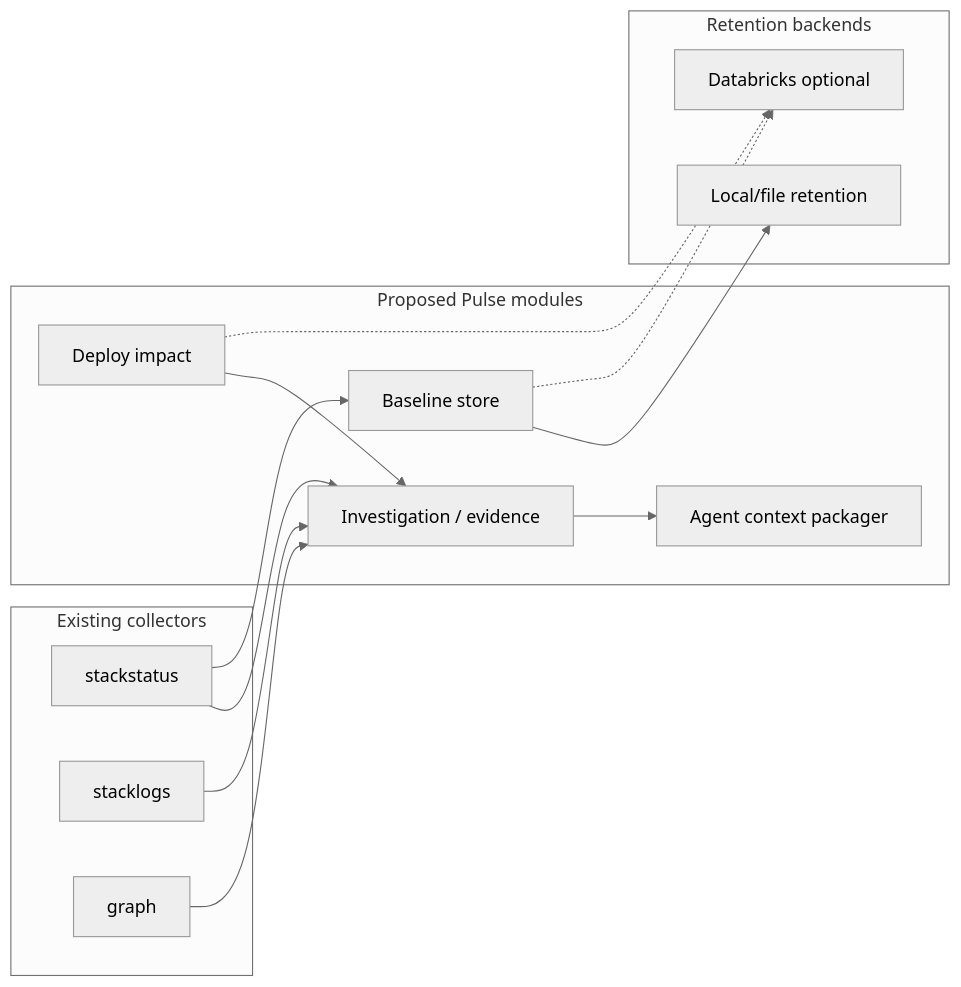
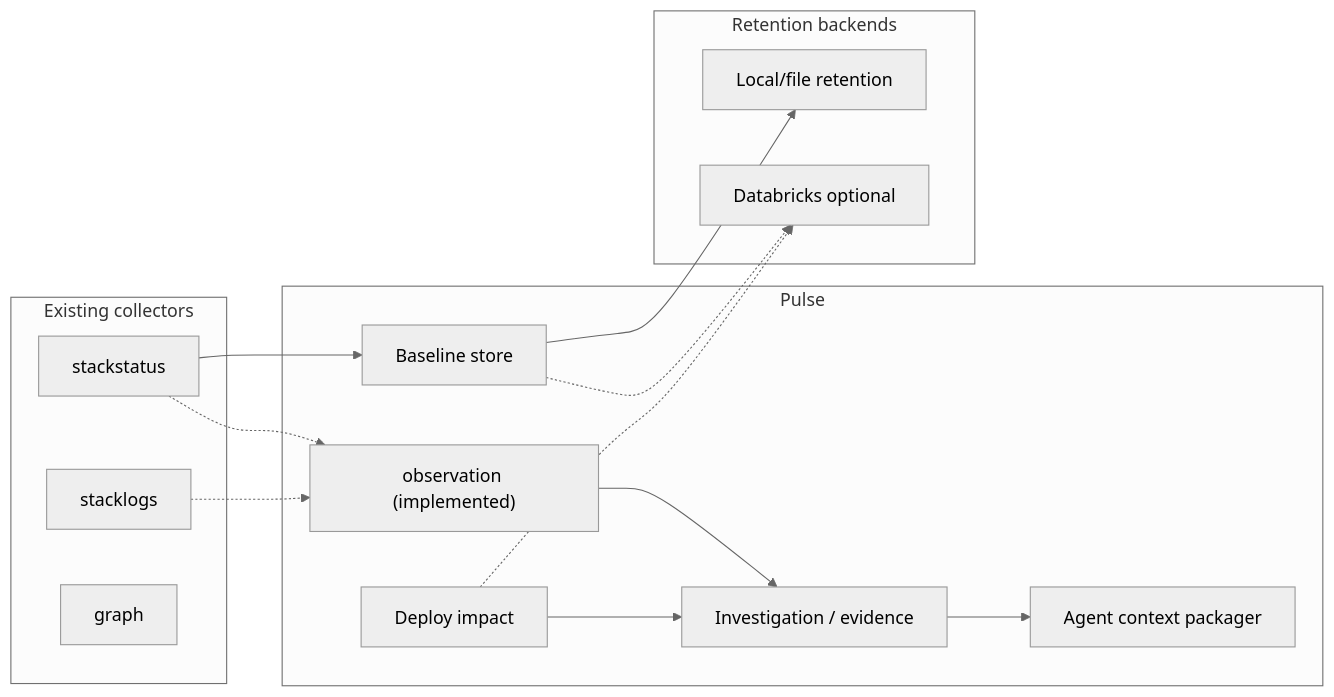
The second of 2 diagrams in docs/ARCHITECTURE.md (sharathb5/perch-pulse), drawn with Mermaid (neutral theme) before and after one commit. The commit also changed other lines of this file and 3 other files, not shown here.

First line of the commit message:
feat(pulse): add typed observation model with freshness semantics (#4)

````diff
--- a/docs/ARCHITECTURE.md
+++ b/docs/ARCHITECTURE.md
@@ -85,30 +93,31 @@
 ```mermaid
 flowchart LR
   subgraph existing["Existing collectors"]
     SS["stackstatus"]
     SL["stacklogs"]
     G["graph"]
   end
 
-  subgraph pulse["Proposed Pulse modules"]
+  subgraph pulse["Pulse"]
+    OBS["observation (implemented)"]
     INV["Investigation / evidence"]
     BASE["Baseline store"]
     DEP["Deploy impact"]
     AGENT["Agent context packager"]
   end
 
   subgraph backends["Retention backends"]
     LOCAL["Local/file retention"]
     DBX["Databricks optional"]
   end
 
-  SS --> INV
-  SL --> INV
-  G --> INV
+  SS -.-> OBS
+  SL -.-> OBS
+  OBS --> INV
   SS --> BASE
   DEP --> INV
   INV --> AGENT
   BASE --> LOCAL
   BASE -.-> DBX
   DEP -.-> DBX
 ```
````
